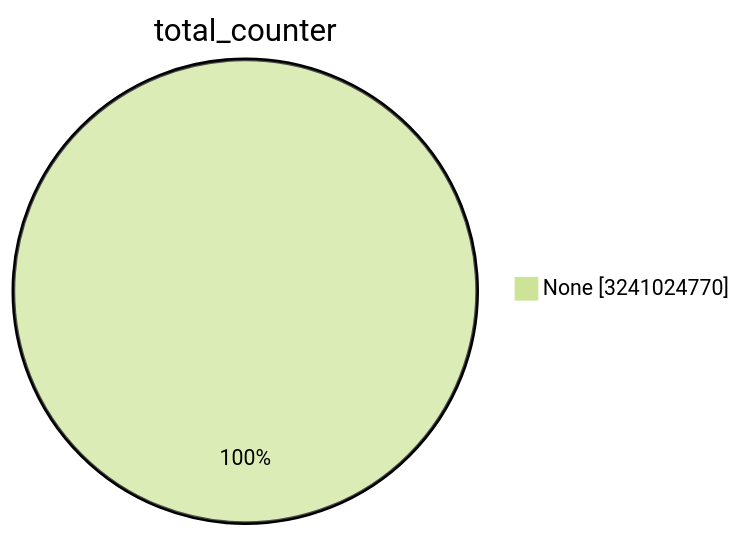
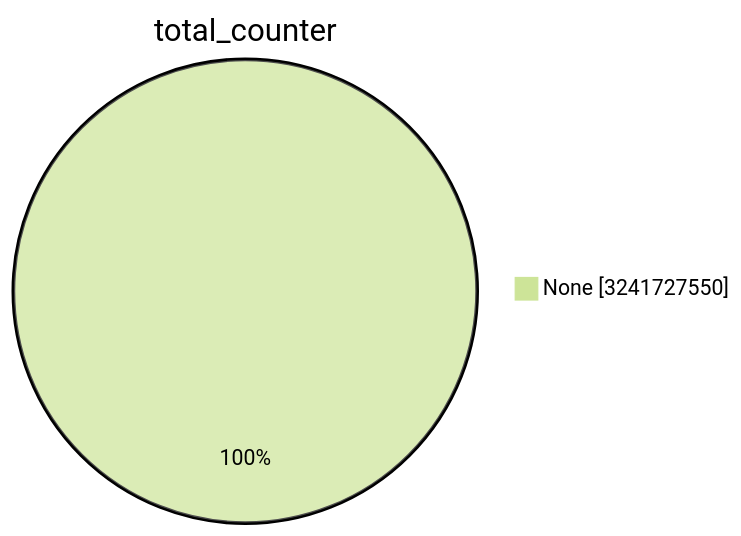
The first of 15 diagrams in TOTAL/README.md (christiankrug/ctmonitor_visualization), drawn with Mermaid (forest theme) before and after one commit. The commit also changed other lines of this file, not shown here.

````diff
--- a/TOTAL/README.md
+++ b/TOTAL/README.md
@@ -1,5 +1,5 @@
 ```mermaid
 pie showData
 title total_counter
-"None" :3241024770
+"None" :3241727550
 ```
````
